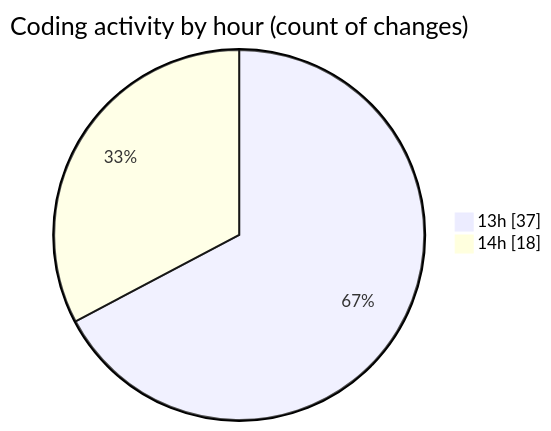
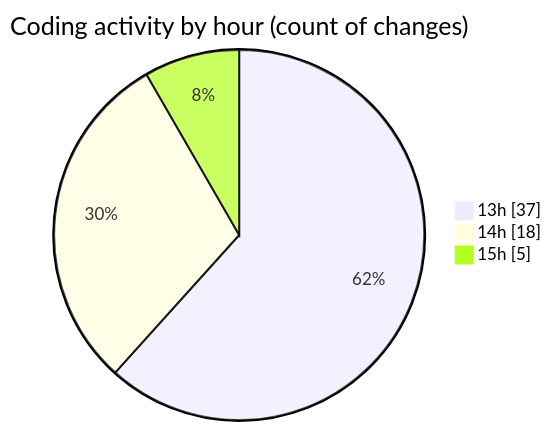
The second of 2 diagrams in 2026-04-11/scripting_workshop/README.md (Unknowalive/code-tracking), drawn with Mermaid before and after one commit. The commit also changed other lines of this file and 1 other file, not shown here.

````diff
--- a/2026-04-11/scripting_workshop/README.md
+++ b/2026-04-11/scripting_workshop/README.md
@@ -61,6 +63,7 @@
 ```mermaid
 pie showData
 title Coding activity by hour (count of changes)
 "13h" : 37
 "14h" : 18
+"15h" : 5
 ```
````
